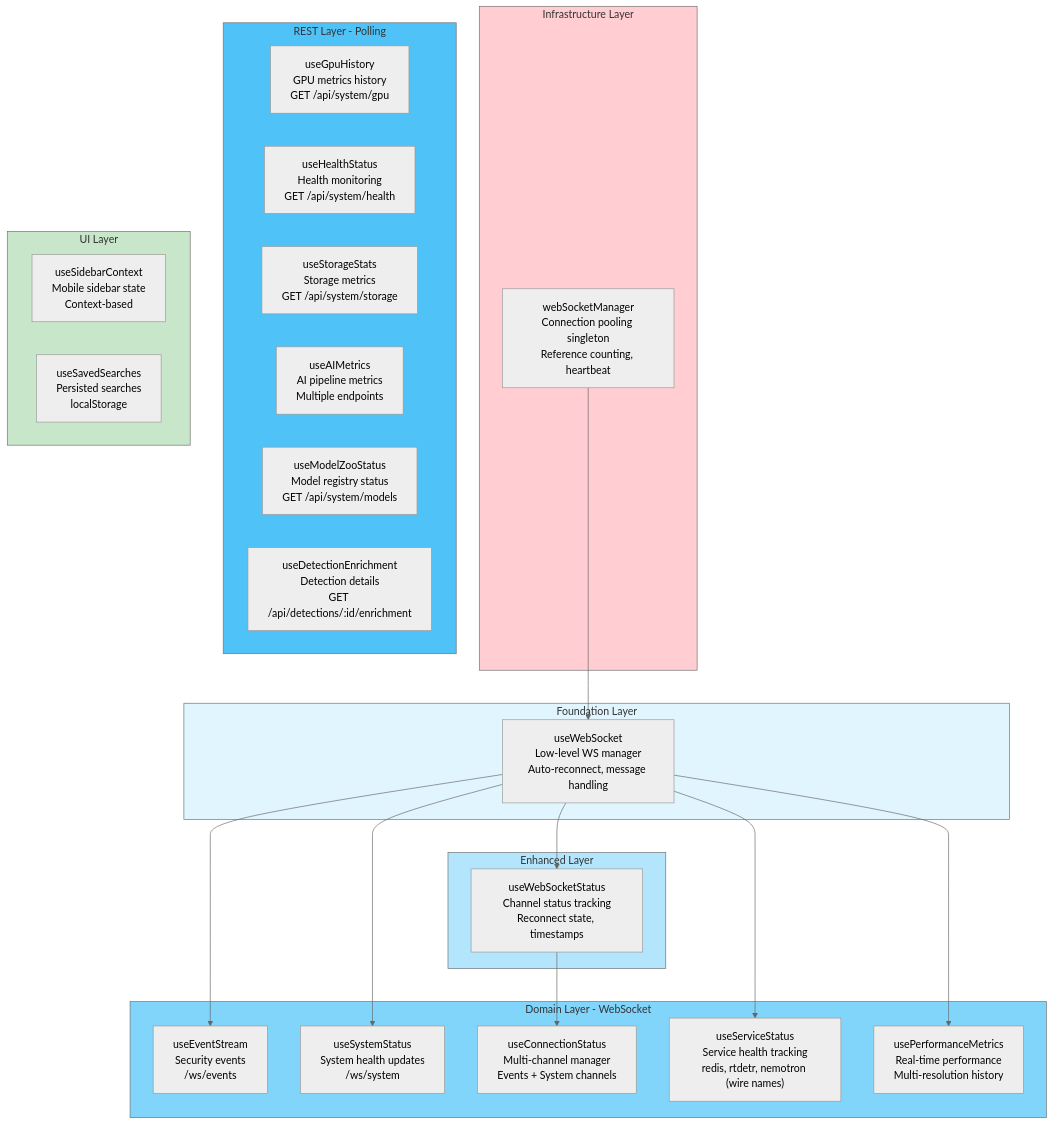
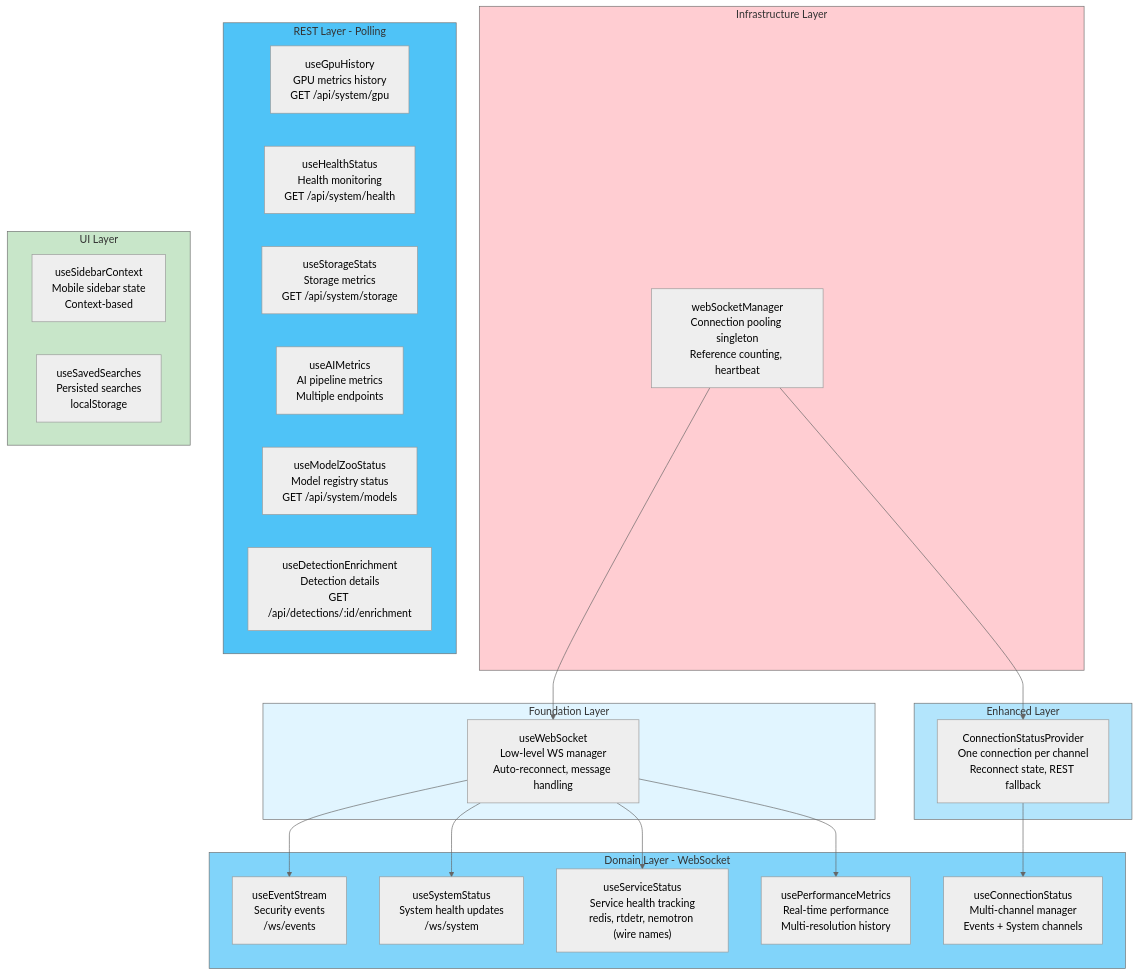
Before and after one commit to mikesvoboda/nemotron-v3-home-security-intelligence: the first of 2 diagrams in docs/architecture/frontend-hooks.md, drawn with Mermaid (neutral theme). The commit also changed other lines of this file and 5 other files, not shown here.

````diff
--- a/docs/architecture/frontend-hooks.md
+++ b/docs/architecture/frontend-hooks.md
@@ -46,51 +46,51 @@
 ```mermaid
 flowchart TB
     subgraph Infrastructure["Infrastructure Layer"]
         webSocketManager["webSocketManager<br/>Connection pooling singleton<br/>Reference counting, heartbeat"]
     end
 
     subgraph Foundation["Foundation Layer"]
         useWebSocket["useWebSocket<br/>Low-level WS manager<br/>Auto-reconnect, message handling"]
     end
 
     subgraph Enhanced["Enhanced Layer"]
-        useWebSocketStatus["useWebSocketStatus<br/>Channel status tracking<br/>Reconnect state, timestamps"]
+        ConnectionStatusProvider["ConnectionStatusProvider<br/>One connection per channel<br/>Reconnect state, REST fallback"]
     end
 
     subgraph Domain["Domain Layer - WebSocket"]
         useEventStream["useEventStream<br/>Security events<br/>/ws/events"]
         useSystemStatus["useSystemStatus<br/>System health updates<br/>/ws/system"]
         useConnectionStatus["useConnectionStatus<br/>Multi-channel manager<br/>Events + System channels"]
         useServiceStatus["useServiceStatus<br/>Service health tracking<br/>redis, rtdetr, nemotron (wire names)"]
         usePerformanceMetrics["usePerformanceMetrics<br/>Real-time performance<br/>Multi-resolution history"]
     end
 
     subgraph REST["REST Layer - Polling"]
         useGpuHistory["useGpuHistory<br/>GPU metrics history<br/>GET /api/system/gpu"]
         useHealthStatus["useHealthStatus<br/>Health monitoring<br/>GET /api/system/health"]
         useStorageStats["useStorageStats<br/>Storage metrics<br/>GET /api/system/storage"]
         useAIMetrics["useAIMetrics<br/>AI pipeline metrics<br/>Multiple endpoints"]
         useModelZooStatus["useModelZooStatus<br/>Model registry status<br/>GET /api/system/models"]
         useDetectionEnrichment["useDetectionEnrichment<br/>Detection details<br/>GET /api/detections/:id/enrichment"]
     end
 
     subgraph UI["UI Layer"]
         useSidebarContext["useSidebarContext<br/>Mobile sidebar state<br/>Context-based"]
         useSavedSearches["useSavedSearches<br/>Persisted searches<br/>localStorage"]
     end
 
     webSocketManager --> useWebSocket
-    useWebSocket --> useWebSocketStatus
-    useWebSocketStatus --> useConnectionStatus
+    webSocketManager --> ConnectionStatusProvider
+    ConnectionStatusProvider --> useConnectionStatus
     useWebSocket --> useEventStream
     useWebSocket --> useSystemStatus
     useWebSocket --> useServiceStatus
     useWebSocket --> usePerformanceMetrics
 
     style Infrastructure fill:#ffcdd2
     style Foundation fill:#e1f5ff
     style Enhanced fill:#b3e5fc
     style Domain fill:#81d4fa
     style REST fill:#4fc3f7
     style UI fill:#c8e6c9
 ```
````
